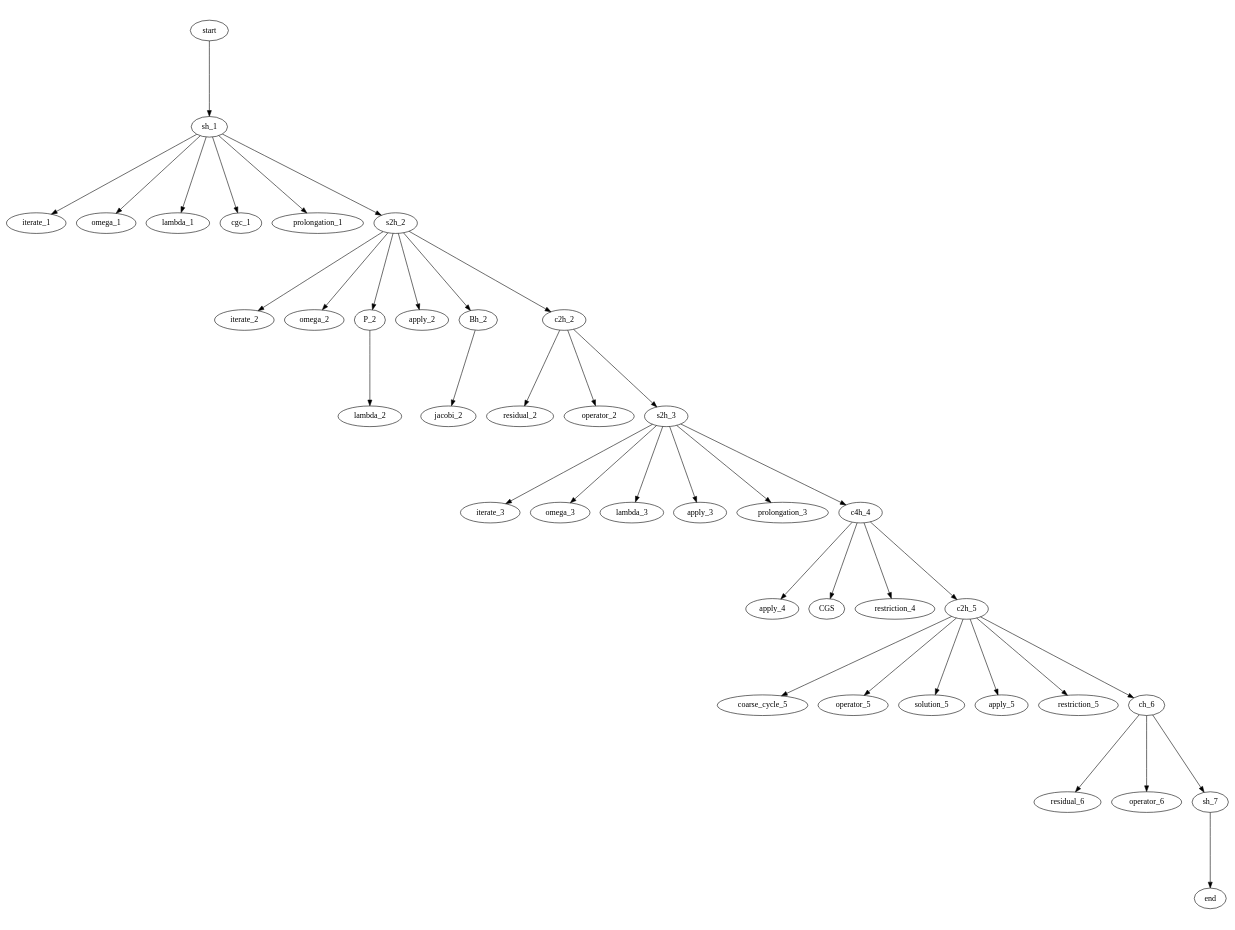
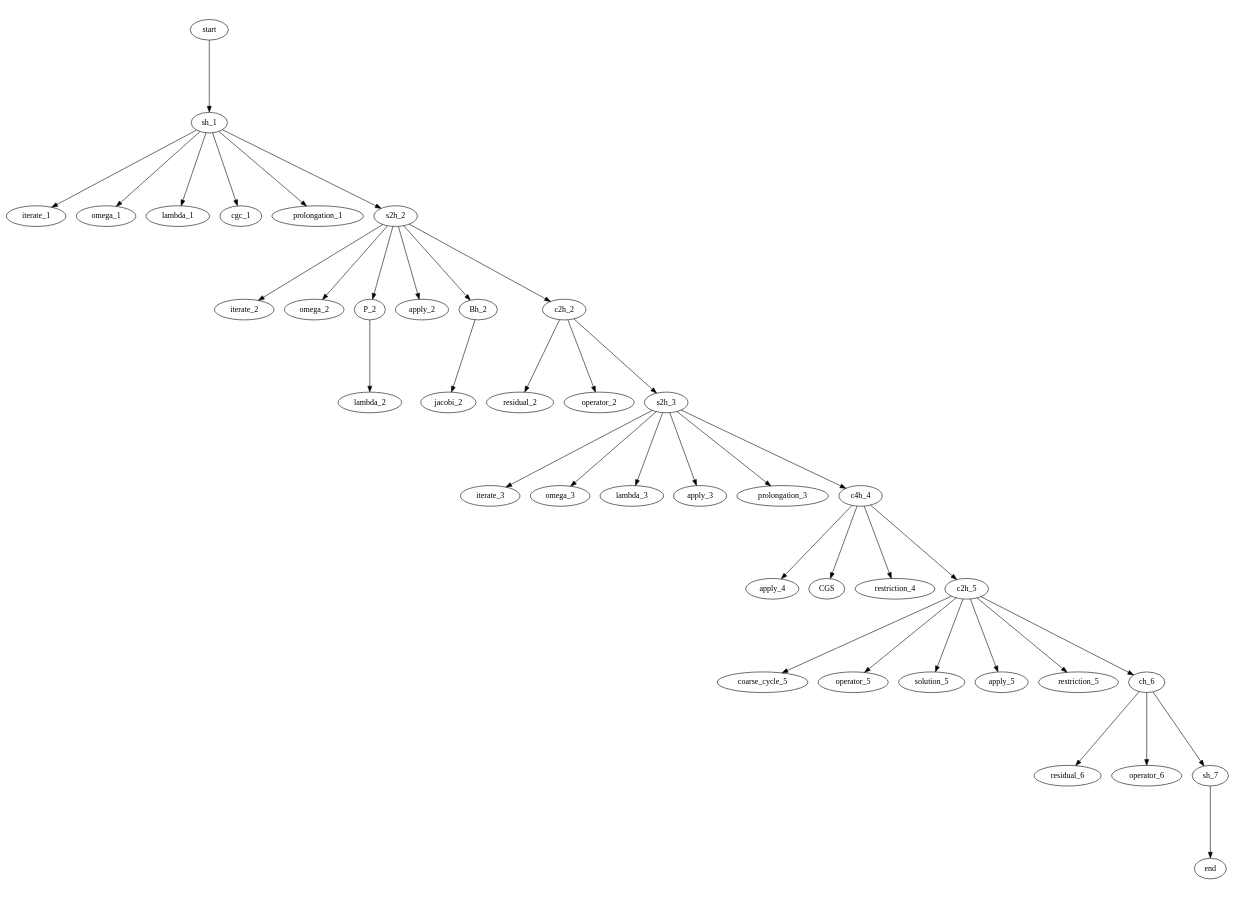
The diagram in tree_generation_scripts/three_grid_method_grammar_tree.dot (jonas-schmitt/thesis), drawn with Graphviz before and after one commit. The commit also changed 1 other file, not shown here.

```diff
--- a/tree_generation_scripts/three_grid_method_grammar_tree.dot
+++ b/tree_generation_scripts/three_grid_method_grammar_tree.dot
@@ -1,85 +1,85 @@
 digraph G {  
-  ratio=0.75;
+  ratio=0.725;
   ordering=in ;
   start [texlbl="$\langle S \rangle$"];
   start -> sh_1
   sh_1 [texlbl="$\langle s_h\rangle$"];
   sh_1 -> iterate_1
   sh_1 -> omega_1
   sh_1 -> lambda_1
   sh_1 -> cgc_1
   sh_1 -> prolongation_1
   sh_1 -> s2h_2
   iterate_1 [texlbl="\textsc{iterate}"];
   omega_1 [texlbl="$1.0$"];
   lambda_1 [texlbl="$\lambda$"];
   cgc_1 [texlbl="\textsc{cgc}"];
   prolongation_1 [texlbl="$I_{2h}^h$"];
   s2h_2 [texlbl="$\langle s_{2h}\rangle$"];
   s2h_2 -> iterate_2
   iterate_2 [texlbl="\textsc{iterate}"];
   s2h_2 -> omega_2
   omega_2 [texlbl="$0.6$"];
   s2h_2 -> P_2
   P_2 [texlbl="$\langle \mathcal P \rangle$"];
   P_2 -> lambda_2
   lambda_2 [texlbl="$\lambda$"];
   s2h_2 -> apply_2
   apply_2 [texlbl="\textsc{apply}"];
   s2h_2 -> Bh_2
   Bh_2 [texlbl="$\langle B_{2h} \rangle$"];
   Bh_2 -> jacobi_2
   jacobi_2 [texlbl="$D_{2h}^{-1}$"];
   s2h_2 -> c2h_2
 
   c2h_2 [texlbl="$\langle c_{2h} \rangle$"];
   c2h_2 -> residual_2
   residual_2 [texlbl="\textsc{residual}"];
   c2h_2 -> operator_2
   operator_2 [texlbl="$A_{2h}$"];
   c2h_2 -> s2h_3
   s2h_3 [texlbl="$\langle s_{2h}\rangle$"]; 
   s2h_3 -> iterate_3
   iterate_3 [texlbl="\textsc{iterate}"];
   s2h_3 -> omega_3
   omega_3 [texlbl="$1.0$"];
   s2h_3 -> lambda_3
   lambda_3 [texlbl="$\lambda$"];
   s2h_3 -> apply_3
   apply_3 [texlbl="\textsc{apply}"];
   s2h_3 -> prolongation_3
   prolongation_3 [texlbl="$I_{4h}^{2h}$"];
   s2h_3 -> c4h_4
   c4h_4 [texlbl="$\langle c_{4h} \rangle$"];
   apply_4 [texlbl="\textsc{apply}"];
   c4h_4 -> CGS
   CGS [texlbl="$A_{4h}^{-1}$"];
   c4h_4 -> apply_4
   apply_4 [texlbl="\textsc{apply}"];
   c4h_4 -> restriction_4
   restriction_4 [texlbl="$I_{2h}^{4h}$"];
   c4h_4 -> c2h_5
   c2h_5 [texlbl="$\langle c_{2h} \rangle$"];
   c2h_5 -> coarse_cycle_5
   coarse_cycle_5 [texlbl="\textsc{cge}"];
   c2h_5 -> operator_5
   operator_5 [texlbl="$A_{2h}$"];
   c2h_5 -> solution_5
   solution_5 [texlbl="$x^0_{2h}$"];
   c2h_5 -> apply_5
   apply_5 [texlbl="\textsc{apply}"];
   c2h_5 -> restriction_5
   restriction_5 [texlbl="$I_{h}^{2h}$"];
   c2h_5 -> ch_6
   ch_6 [texlbl="$\langle c_{h} \rangle$"];
   ch_6 -> residual_6
   residual_6 [texlbl="\textsc{residual}"];
   ch_6 -> operator_6
   operator_6 [texlbl="$A_{h}$"];
   ch_6 -> sh_7
   sh_7 [texlbl="$\langle s_{h} \rangle$"];
   sh_7 -> end
   
   
   end [texlbl="$(x_h^0, b_h, \lambda, \lambda)$"];
 }
```
